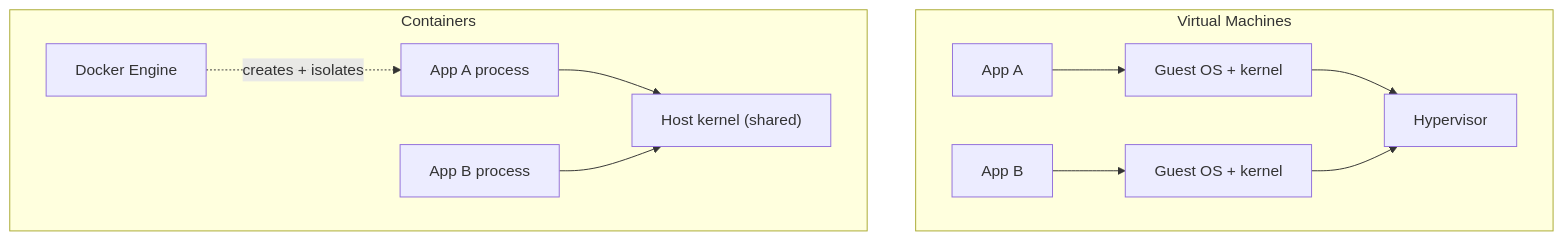
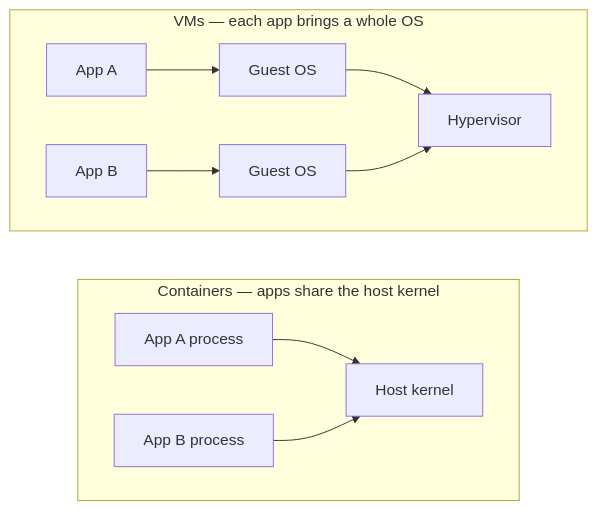
Before and after one commit to wesamkhateeb98-creator/docker-zero-to-production: the diagram in docs/01-foundations/02-vm-vs-container.md, drawn with Mermaid. The commit also changed 8 other files, not shown here.

First line of the commit message:
Narrow wide diagrams in docs so they stay readable on GitHub

````diff
--- a/docs/01-foundations/02-vm-vs-container.md
+++ b/docs/01-foundations/02-vm-vs-container.md
@@ -8,14 +8,14 @@
 ```mermaid
 flowchart TB
-    subgraph VM["Virtual Machines"]
-        A1["App A"] --> G1["Guest OS + kernel"]
-        A2["App B"] --> G2["Guest OS + kernel"]
-        G1 --> H["Hypervisor"]
-        G2 --> H
+    subgraph VM["VMs — each app brings a whole OS"]
+        direction LR
+        A1["App A"] --> G1["Guest OS"] --> H["Hypervisor"]
+        A2["App B"] --> G2["Guest OS"] --> H
     end
-    subgraph CT["Containers"]
-        C1["App A process"] --> K["Host kernel (shared)"]
+    subgraph CT["Containers — apps share the host kernel"]
+        direction LR
+        C1["App A process"] --> K["Host kernel"]
         C2["App B process"] --> K
-        E["Docker Engine"] -.->|"creates + isolates"| C1
     end
+    VM ~~~ CT
 ```
````
